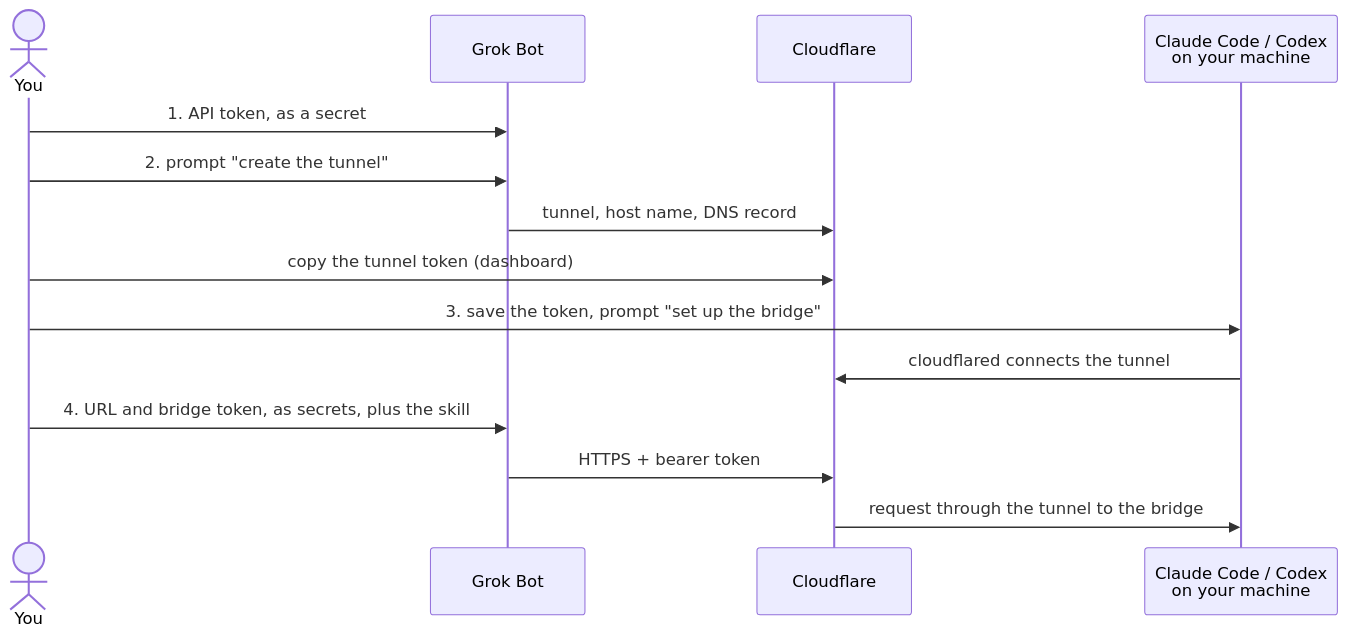
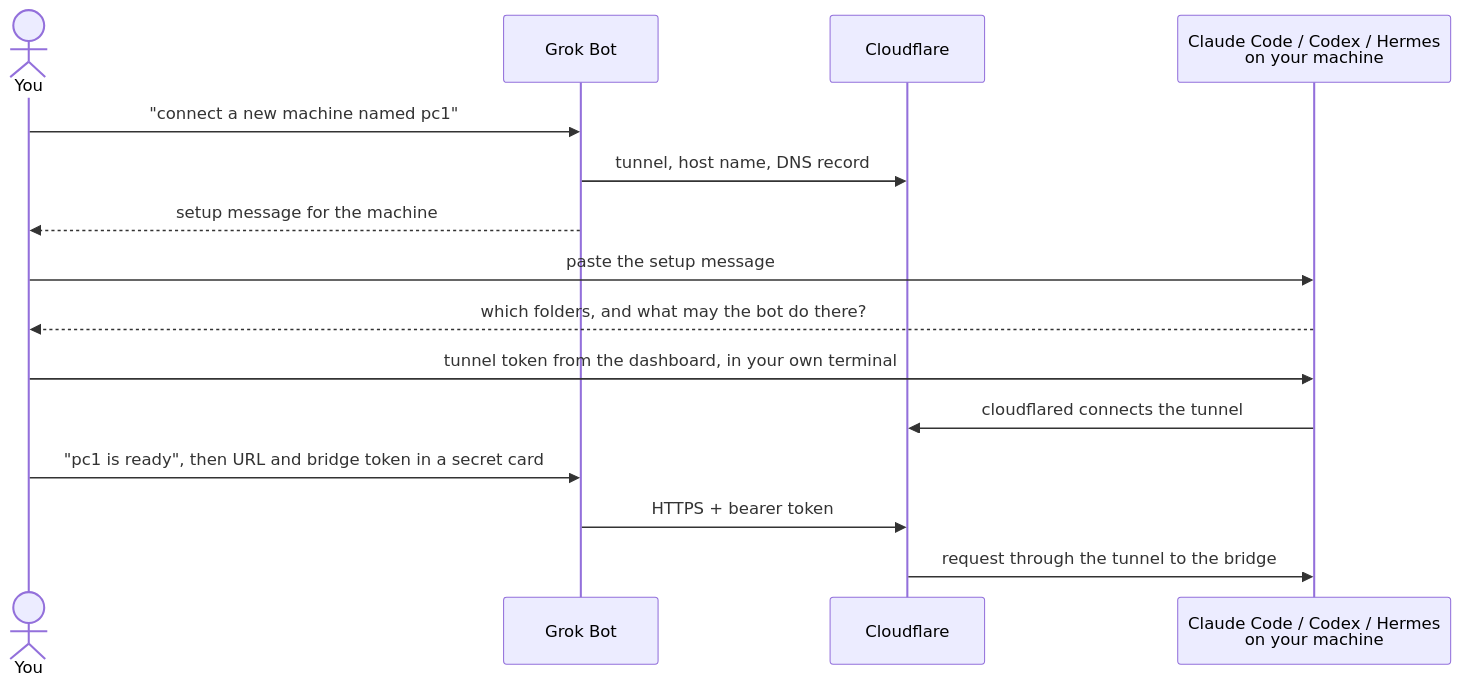
The diagram in docs/setup.md (janreges/safe-grokbot-bridge), drawn with Mermaid before and after one commit. The commit also changed other lines of this file and 3 other files, not shown here.

````diff
--- a/docs/setup.md
+++ b/docs/setup.md
@@ -19,16 +19,17 @@
 ```mermaid
 sequenceDiagram
     actor You
     participant Grok as Grok Bot
     participant CF as Cloudflare
-    participant Agent as Claude Code / Codex<br/>on your machine
-    You->>Grok: 1. API token, as a secret
-    You->>Grok: 2. prompt "create the tunnel"
+    participant Agent as Claude Code / Codex / Hermes<br/>on your machine
+    You->>Grok: "connect a new machine named pc1"
     Grok->>CF: tunnel, host name, DNS record
-    You->>CF: copy the tunnel token (dashboard)
-    You->>Agent: 3. save the token, prompt "set up the bridge"
+    Grok-->>You: setup message for the machine
+    You->>Agent: paste the setup message
+    Agent-->>You: which folders, and what may the bot do there?
+    You->>Agent: tunnel token from the dashboard, in your own terminal
     Agent->>CF: cloudflared connects the tunnel
-    You->>Grok: 4. URL and bridge token, as secrets, plus the skill
+    You->>Grok: "pc1 is ready", then URL and bridge token in a secret card
     Grok->>CF: HTTPS + bearer token
     CF->>Agent: request through the tunnel to the bridge
 ```
````
